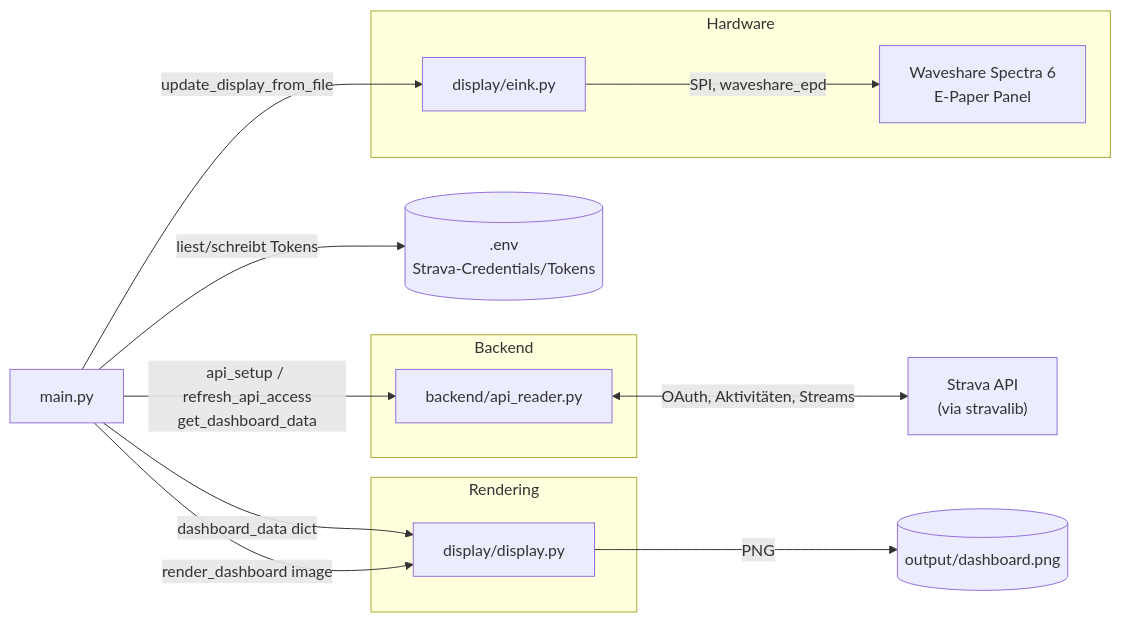
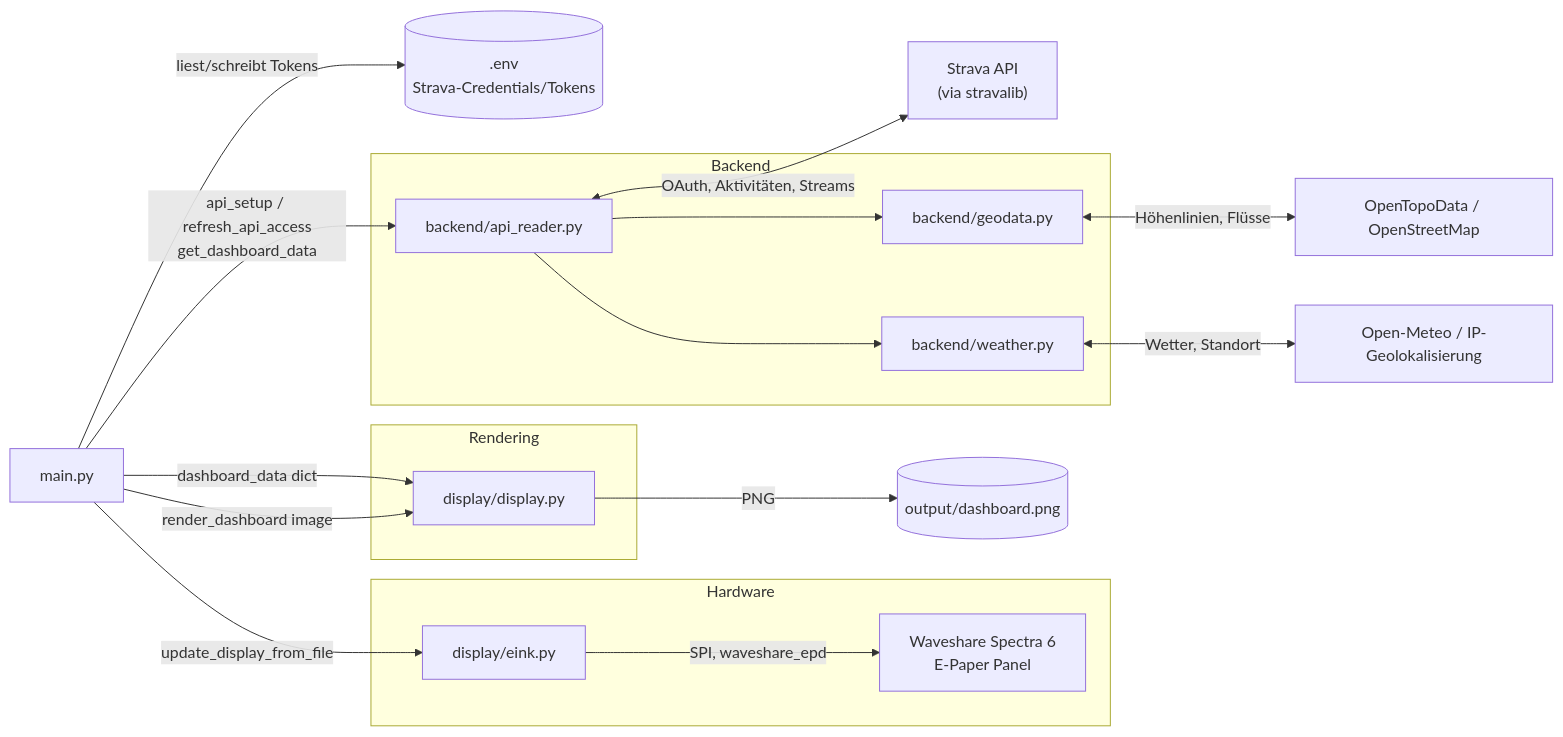
The first of 2 diagrams in README.md (jschoenau18/strava-display), drawn with Mermaid before and after one commit. The commit also changed other lines of this file, not shown here.

````diff
--- a/README.md
+++ b/README.md
@@ -27,27 +30,33 @@
 ```mermaid
 graph LR
     ENV[(".env\nStrava-Credentials/Tokens")]
     STRAVA["Strava API\n(via stravalib)"]
 
     subgraph Backend
         API["backend/api_reader.py"]
+        GEO["backend/geodata.py"]
+        WEATHER["backend/weather.py"]
     end
 
     subgraph Rendering
         DISP["display/display.py"]
     end
 
     subgraph Hardware
         EINK["display/eink.py"]
         PANEL["Waveshare Spectra 6\nE-Paper Panel"]
     end
 
     MAIN["main.py"] -->|liest/schreibt Tokens| ENV
     MAIN -->|api_setup / refresh_api_access\nget_dashboard_data| API
     API <-->|OAuth, Aktivitäten, Streams| STRAVA
+    API --> GEO
+    API --> WEATHER
+    GEO <-->|Höhenlinien, Flüsse| MAP["OpenTopoData / OpenStreetMap"]
+    WEATHER <-->|Wetter, Standort| WX["Open-Meteo / IP-Geolokalisierung"]
     MAIN -->|dashboard_data dict| DISP
     DISP -->|PNG| OUT[("output/dashboard.png")]
     MAIN -->|render_dashboard image| DISP
     MAIN -->|update_display_from_file| EINK
     EINK -->|SPI, waveshare_epd| PANEL
 ```
````
